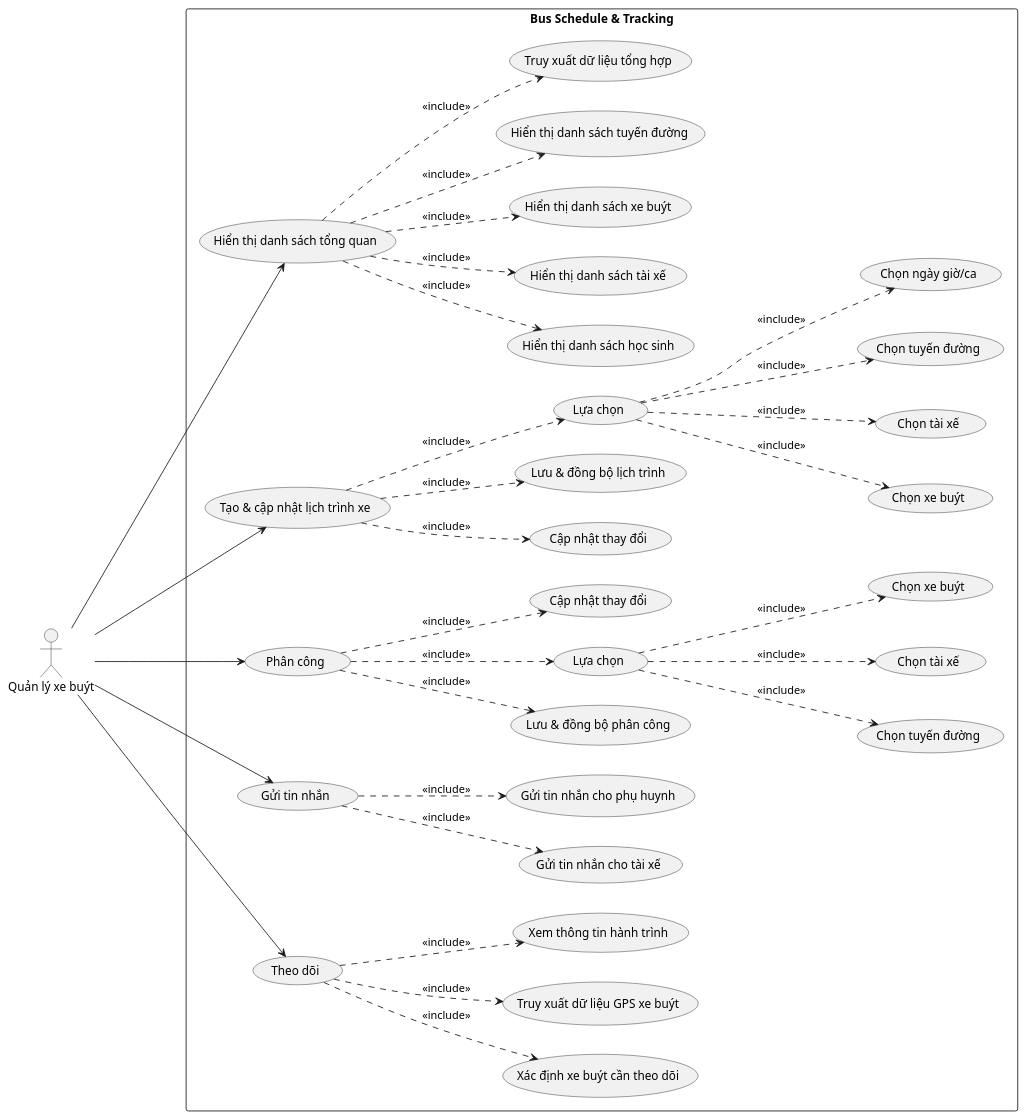
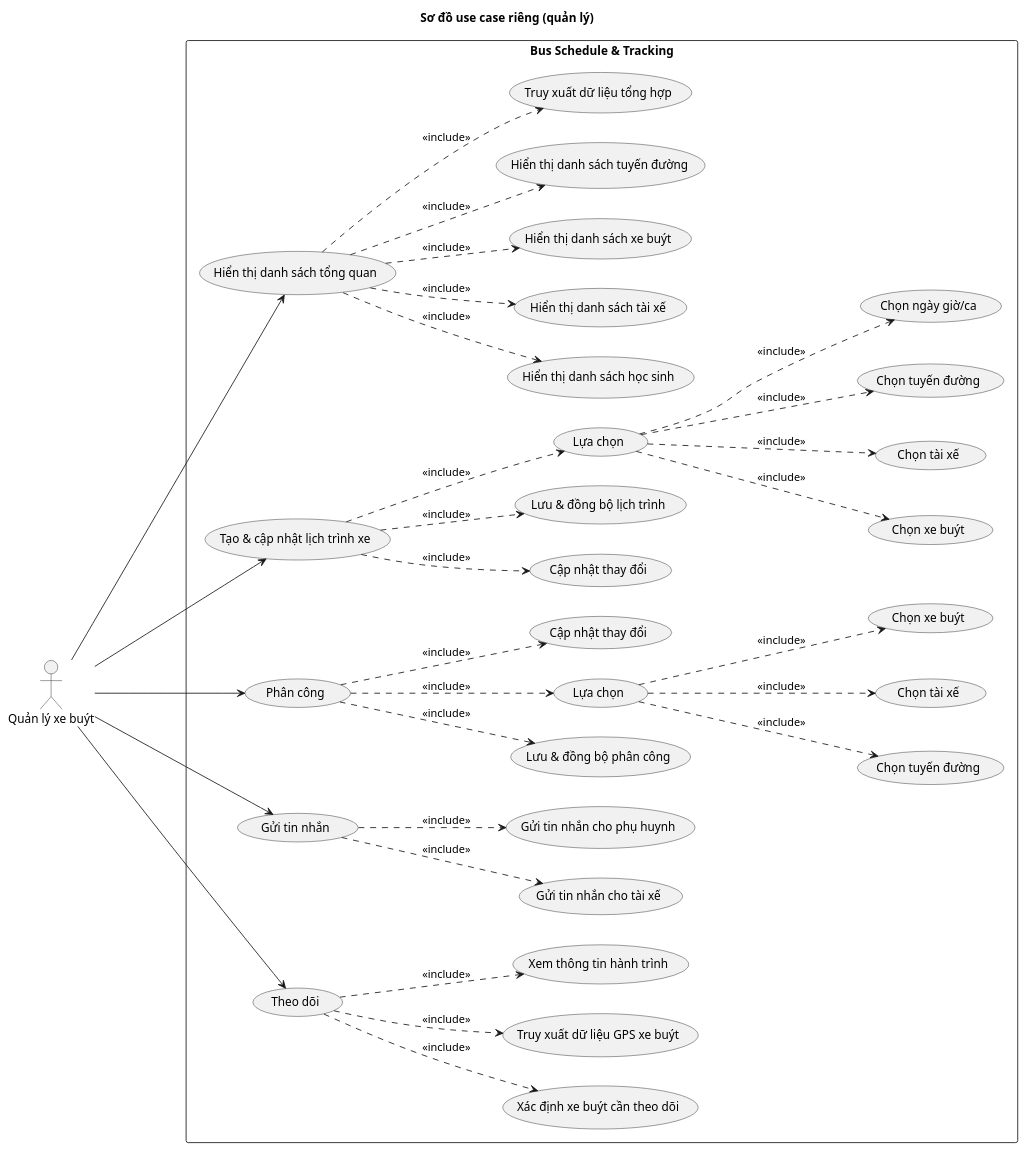
One commit to Bancie/VietBus changed the diagram in uml/use_case/quanly.puml. Above: the diagram before and after it, drawn with PlantUML. The commit also changed 7 other files, not shown here.

First line of the commit message:
Add titles to use case PlantUML diagrams

```diff
--- a/uml/use_case/quanly.puml
+++ b/uml/use_case/quanly.puml
@@ -1,76 +1,77 @@
 @startuml
+title Sơ đồ use case riêng (quản lý)
 left to right direction
 actor "Quản lý xe buýt" as ql
 
 rectangle "Bus Schedule & Tracking" {
     usecase "Hiển thị danh sách tổng quan" as UC1
     usecase "Tạo và cập nhật lịch trình xe" as UC2
     usecase "Phân công" as UC3
     usecase "Gửi tin nhắn" as UC4
     usecase "Theo dõi" as UC5
 
     usecase "Hiển thị danh sách học sinh" as UC8
     usecase "Hiển thị danh sách tài xế" as UC9
     usecase "Hiển thị danh sách xe buýt" as UC10
     usecase "Hiển thị danh sách tuyến đường" as UC11
     
     usecase "Tạo & cập nhật lịch trình xe" as UC2
     usecase "Chọn xe buýt" as UC_Bus
     usecase "Chọn tài xế" as UC_Driver
     usecase "Chọn tuyến đường" as UC_Route
     usecase "Chọn ngày giờ/ca" as UC_Time
     usecase "Cập nhật thay đổi" as UC_Update
     usecase "Lưu & đồng bộ lịch trình" as UC_Save
 
     usecase "Gửi tin nhắn cho tài xế" as UC12
     usecase "Gửi tin nhắn cho phụ huynh" as UC13
     usecase "Truy xuất dữ liệu tổng hợp" as UC14
     usecase "Lựa chọn" as UC15
     usecase "Chọn tuyến đường" as UC21
     usecase "Chọn tài xế" as UC22
     usecase "Chọn xe buýt" as UC23
     usecase "Lưu & đồng bộ phân công" as UC24
     usecase "Lựa chọn" as UC25
     usecase "Cập nhật thay đổi" as UC26
     usecase "Xác định xe buýt cần theo dõi" as UC27
     usecase "Truy xuất dữ liệu GPS xe buýt" as UC28
     usecase "Xem thông tin hành trình" as UC29
 
     UC3 ..> UC25 : <<include>>
     UC3 ..> UC24 : <<include>>
     UC25 ...> UC21 : <<include>>
     UC25 ...> UC22 : <<include>>
     UC25 ...> UC23 : <<include>>
 
     UC1 ..> UC8 : <<include>>
     UC1 ..> UC9 : <<include>>
     UC1 ..> UC10 : <<include>>
     UC1 ..> UC11 : <<include>>
     UC4 ..> UC12 : <<include>>
     UC4 ..> UC13 : <<include>>
     UC1 ..> UC14 : <<include>>
     
     UC15 ...> UC_Bus : <<include>>
     UC15 ...> UC_Driver : <<include>>
     UC15 ...> UC_Route : <<include>>
     UC15 ...> UC_Time : <<include>>
     UC2 ..> UC_Update : <<include>>
     UC2 ..> UC_Save : <<include>>
     UC2 ..> UC15 : <<include>>
 
     UC3 ..> UC26 : <<include>>
     UC5 ..> UC27 : <<include>>
     UC5 ..> UC28 : <<include>>
     UC5 ..> UC29 : <<include>>
 
 }
 
 ql ---> UC1
 ql ---> UC2
 ql ---> UC3
 ql ---> UC4
 ql ---> UC5
 
 
 
 @enduml
```
